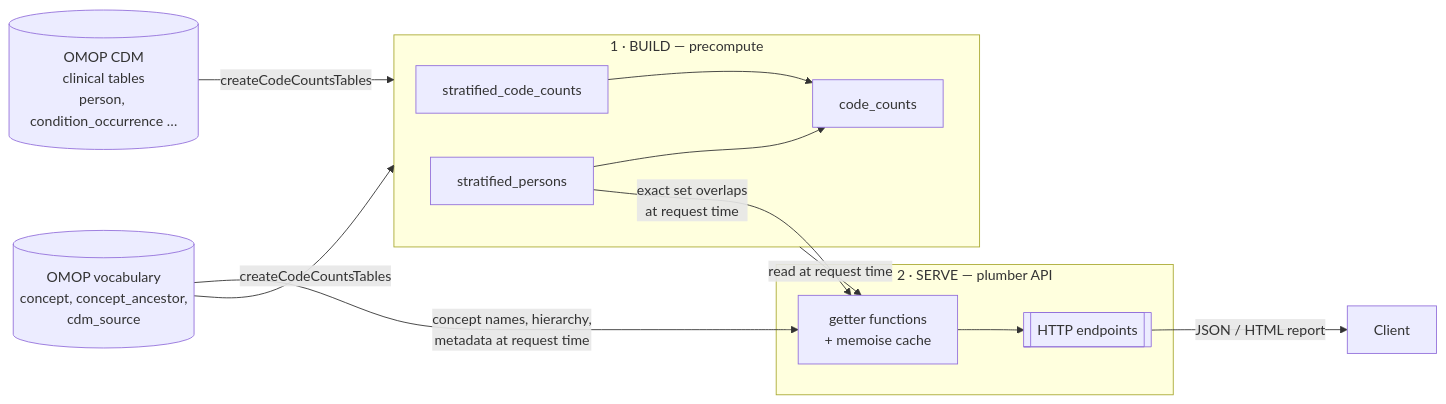
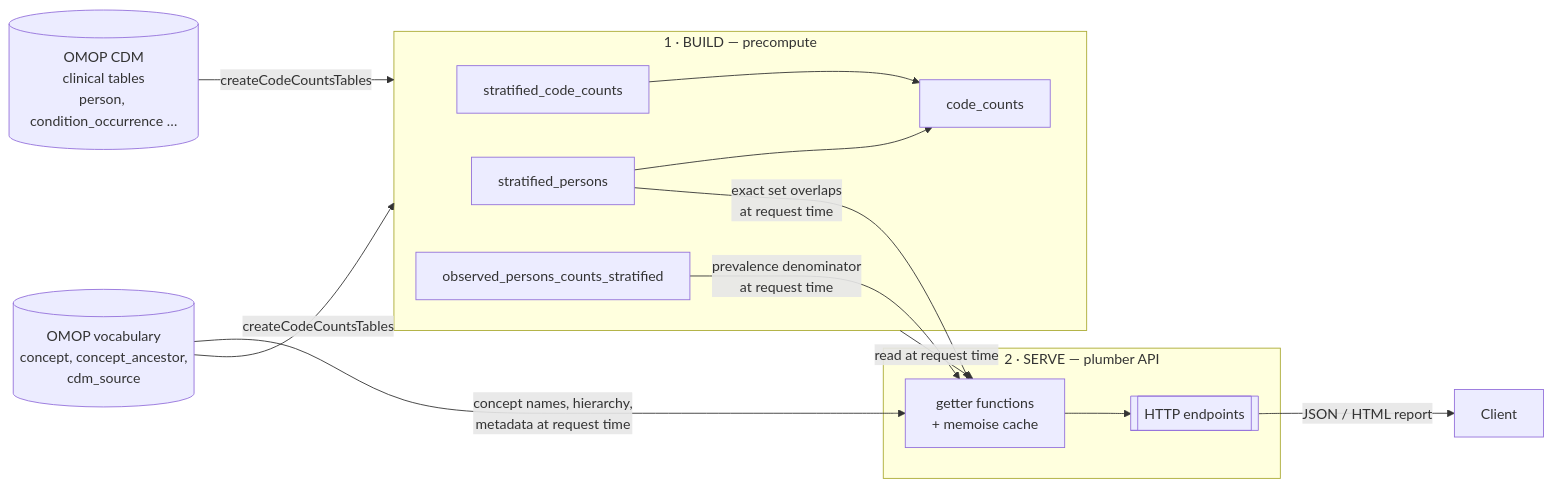
One commit to FINNGEN/ROMOPAPI changed the diagram in development/STRUCTURE.md. Above: the diagram before and after it, drawn with Mermaid. The commit also changed other lines of this file and 9 other files, not shown here.

````diff
--- a/development/STRUCTURE.md
+++ b/development/STRUCTURE.md
@@ -17,26 +17,28 @@
 ```mermaid
 flowchart LR
     CDM[(OMOP CDM<br/>clinical tables<br/>person, condition_occurrence …)]
     VOCAB[(OMOP vocabulary<br/>concept, concept_ancestor,<br/>cdm_source)]
 
     subgraph build [1 · BUILD  — precompute]
         S[stratified_code_counts]
         P[stratified_persons]
+        O[observed_persons_counts_stratified]
         C[code_counts]
         S --> C
         P --> C
     end
 
     subgraph serve [2 · SERVE  — plumber API]
         G[getter functions<br/>+ memoise cache]
         E[[HTTP endpoints]]
         G --> E
     end
 
     CDM -->|createCodeCountsTables| build
     VOCAB -->|createCodeCountsTables| build
     build -->|read at request time| G
     P -->|exact set overlaps<br/>at request time| G
+    O -->|prevalence denominator<br/>at request time| G
     VOCAB -->|concept names, hierarchy,<br/>metadata at request time| G
     E -->|JSON / HTML report| Client[Client]
 ```
````
